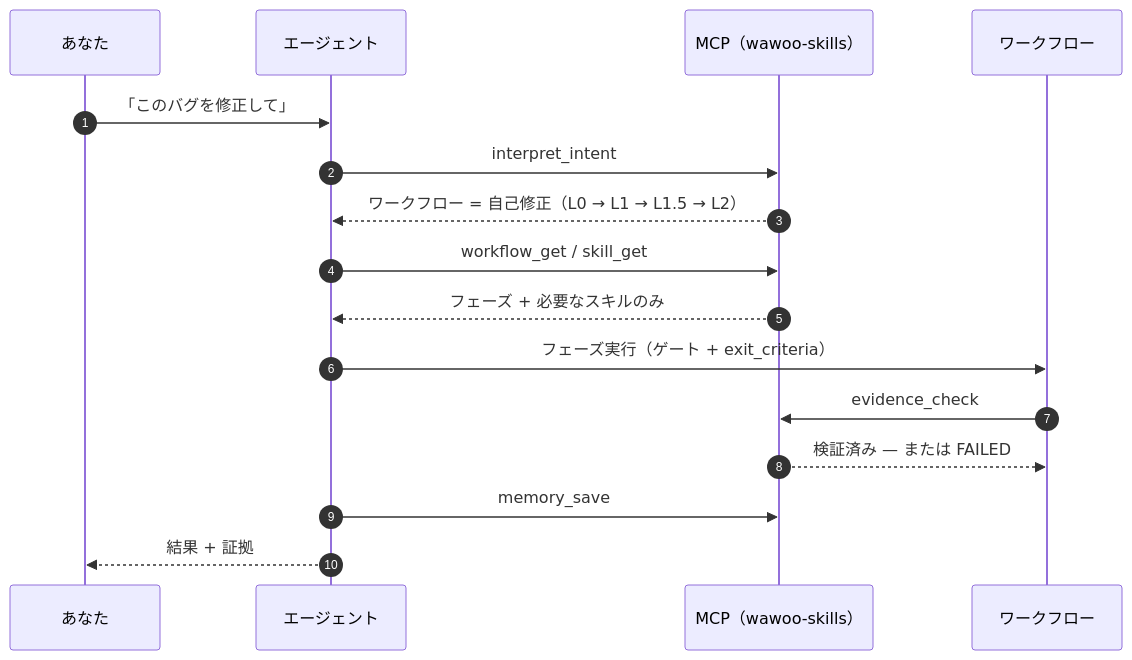
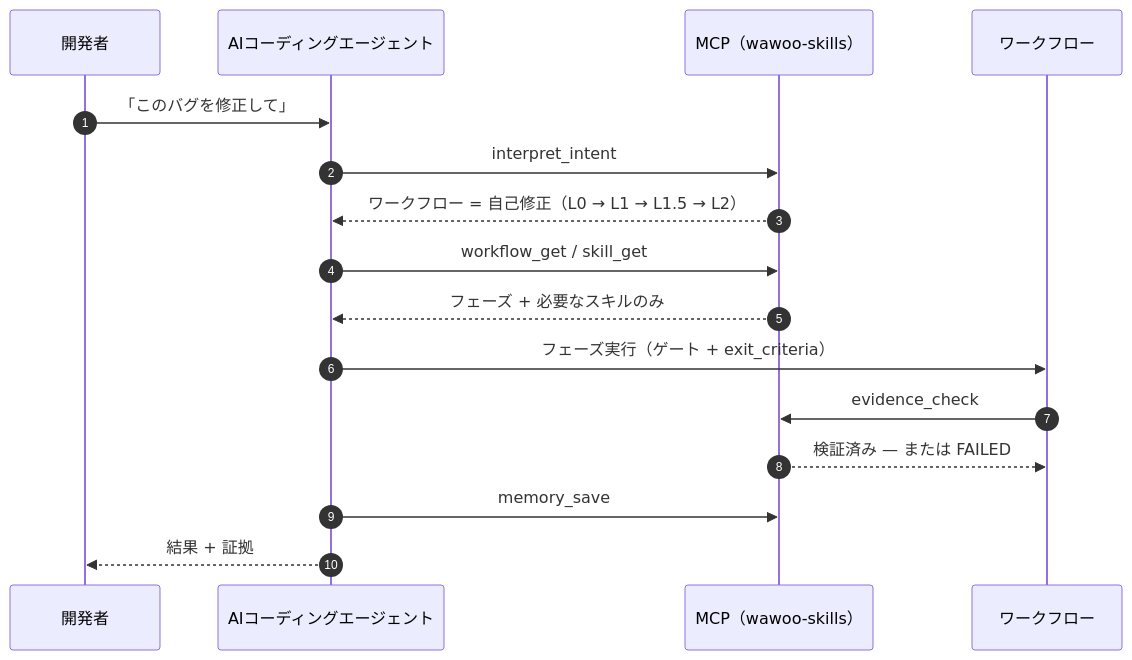
One commit to parkwoo/wawoo-agent-skills changed the diagram in README.ja.md. Above: the diagram before and after it, drawn with Mermaid. The commit also changed 3 other files, not shown here.

Commit message:
docs: use technical participant labels in the sequence diagram (developer / AI coding agent)

````diff
--- a/README.ja.md
+++ b/README.ja.md
@@ -62,18 +62,18 @@
 ```mermaid
 sequenceDiagram
     autonumber
-    participant U as あなた
-    participant A as エージェント
+    participant U as 開発者
+    participant A as AIコーディングエージェント
     participant M as MCP（wawoo-skills）
     participant W as ワークフロー
     U->>A: 「このバグを修正して」
     A->>M: interpret_intent
     M-->>A: ワークフロー = 自己修正（L0 → L1 → L1.5 → L2）
     A->>M: workflow_get / skill_get
     M-->>A: フェーズ + 必要なスキルのみ
     A->>W: フェーズ実行（ゲート + exit_criteria）
     W->>M: evidence_check
     M-->>W: 検証済み — または FAILED
     A->>M: memory_save
     A-->>U: 結果 + 証拠
 ```
````
